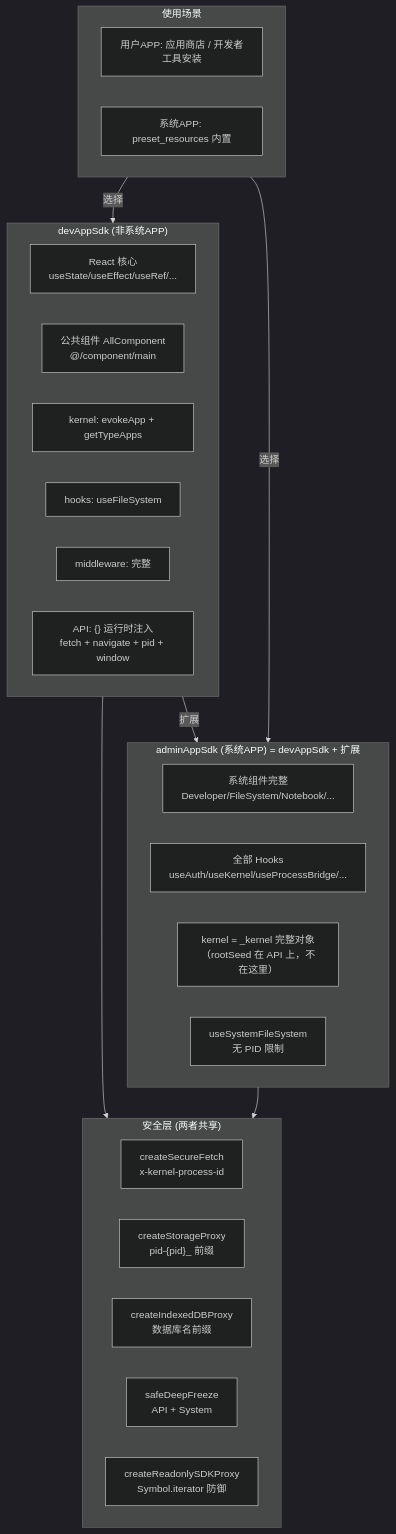
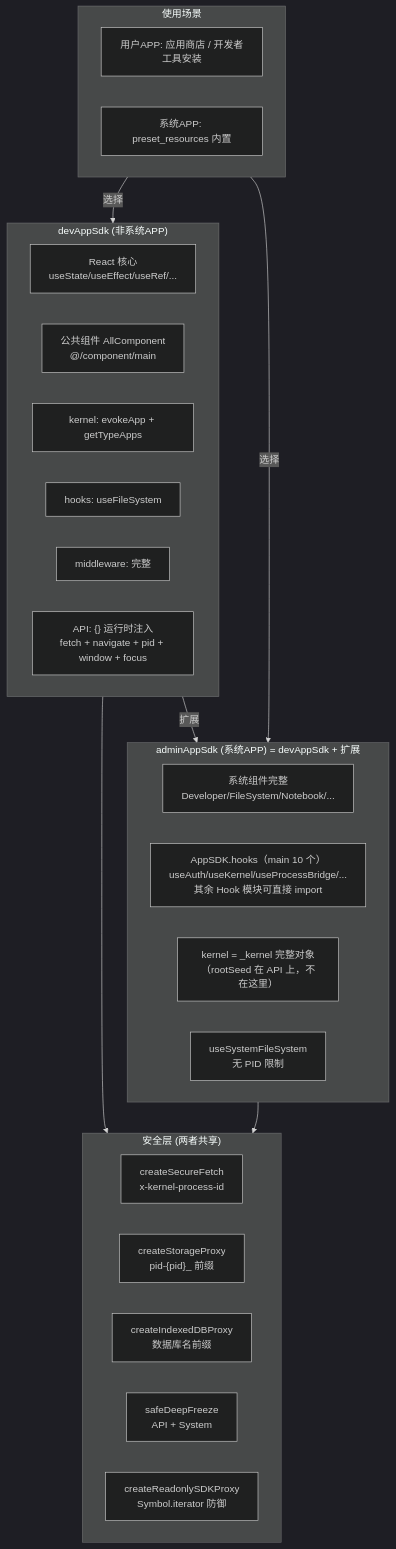
One commit to suluwanqing/sukinOS changed the diagram in docs/mermaid/22-sdk-tier-comparison.mmd. Above: the diagram before and after it, drawn with Mermaid (dark theme). The commit also changed 104 other files, not shown here.

```diff
--- a/docs/mermaid/22-sdk-tier-comparison.mmd
+++ b/docs/mermaid/22-sdk-tier-comparison.mmd
@@ -1,35 +1,35 @@
 graph TB
     subgraph devSdk["devAppSdk (非系统APP)"]
         D_REACT["React 核心<br/>useState/useEffect/useRef/..."]
         D_COMPS["公共组件 AllComponent<br/>@/component/main"]
         D_KERNEL["kernel: evokeApp + getTypeApps"]
         D_HOOKS["hooks: useFileSystem"]
         D_MID["middleware: 完整"]
-        D_API["API: {} 运行时注入<br/>fetch + navigate + pid + window"]
+        D_API["API: {} 运行时注入<br/>fetch + navigate + pid + window + focus"]
     end
 
     subgraph adminSdk["adminAppSdk (系统APP) = devAppSdk + 扩展"]
         A_SYS_COMPS["系统组件完整<br/>Developer/FileSystem/Notebook/..."]
-        A_HOOKS["全部 Hooks<br/>useAuth/useKernel/useProcessBridge/..."]
+        A_HOOKS["AppSDK.hooks（main 10 个）<br/>useAuth/useKernel/useProcessBridge/...<br/>其余 Hook 模块可直接 import"]
         A_KERNEL["kernel = _kernel 完整对象<br/>（rootSeed 在 API 上，不在这里）"]
         A_FS["useSystemFileSystem<br/>无 PID 限制"]
     end
 
     subgraph Security["安全层 (两者共享)"]
         S1["createSecureFetch<br/>x-kernel-process-id"]
         S2["createStorageProxy<br/>pid-{pid}_ 前缀"]
         S3["createIndexedDBProxy<br/>数据库名前缀"]
         S4["safeDeepFreeze<br/>API + System"]
         S5["createReadonlySDKProxy<br/>Symbol.iterator 防御"]
     end
 
     subgraph Usage["使用场景"]
         U1["用户APP: 应用商店 / 开发者工具安装"]
         U2["系统APP: preset_resources 内置"]
     end
 
     devSdk -->|扩展| adminSdk
     devSdk --> Security
     adminSdk --> Security
     Usage -->|选择| devSdk
     Usage -->|选择| adminSdk
```
